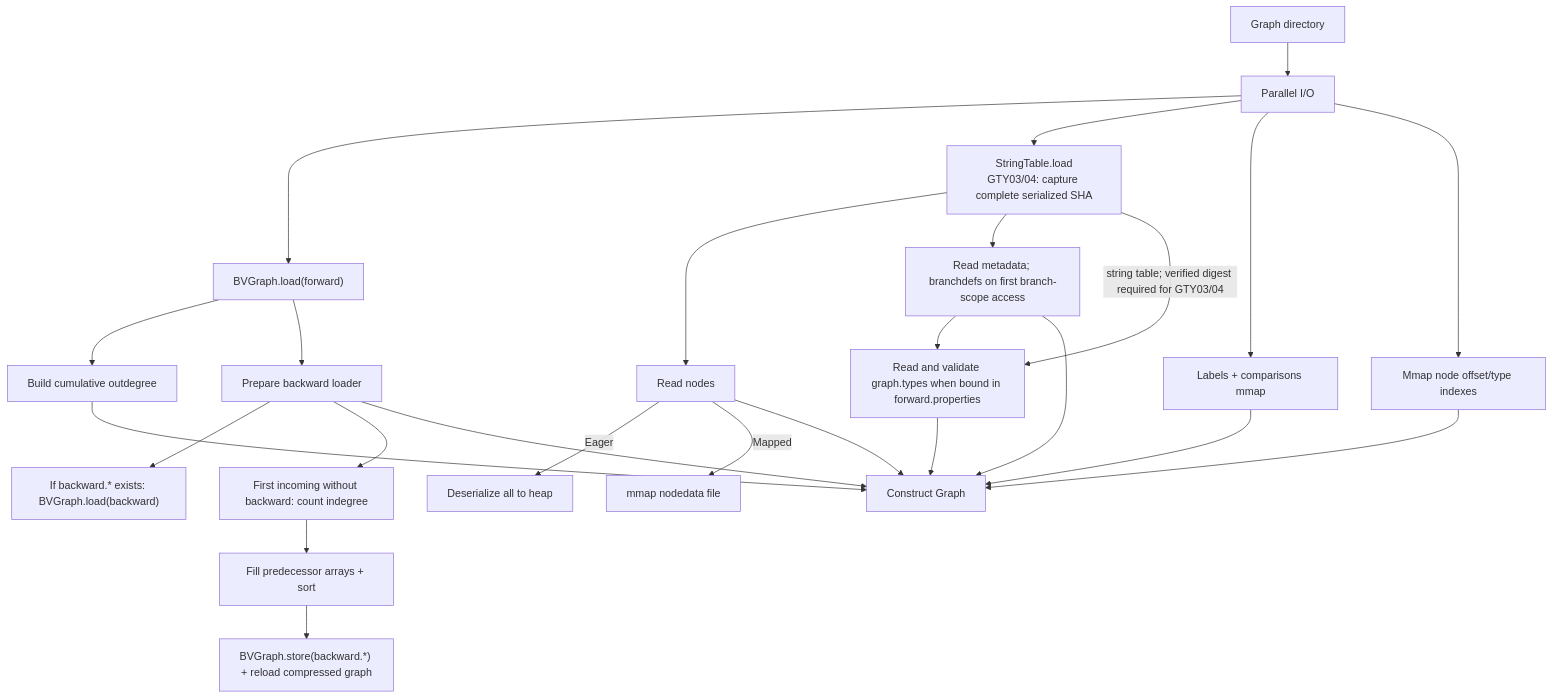
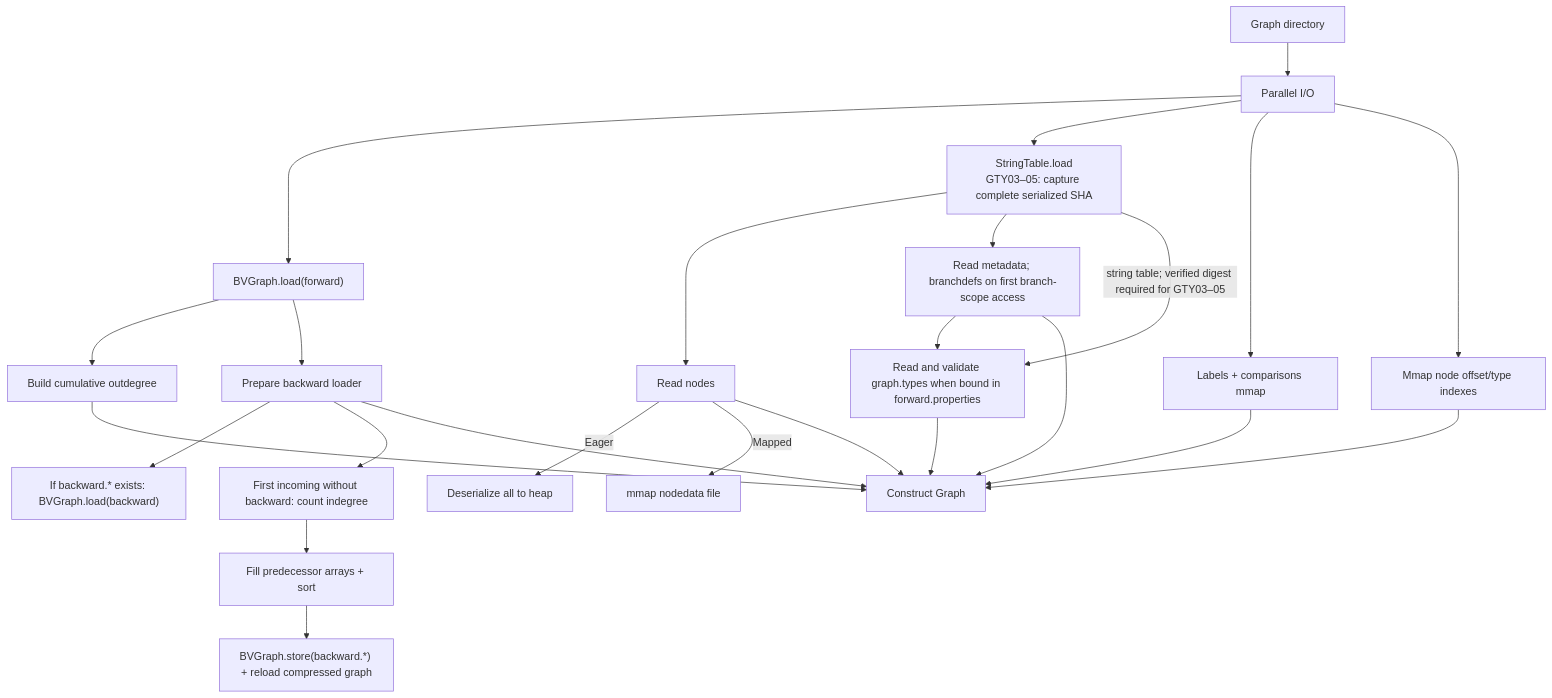
One commit to johnsonlee/graphite changed the fourth of 4 diagrams in docs/webgraph-storage.md. Above: the diagram before and after it, drawn with Mermaid. The commit also changed other lines of this file and 29 other files, not shown here.

````diff
--- a/docs/webgraph-storage.md
+++ b/docs/webgraph-storage.md
@@ -362,21 +368,21 @@
 ```mermaid
 graph TD
     A[Graph directory] --> B[Parallel I/O]
     B --> B1["BVGraph.load(forward)"]
-    B --> B2["StringTable.load<br/>GTY03/04: capture complete serialized SHA"]
+    B --> B2["StringTable.load<br/>GTY03–05: capture complete serialized SHA"]
     B --> B3[Labels + comparisons mmap]
     B --> B4[Mmap node offset/type indexes]
     B1 --> C[Build cumulative outdegree]
     B1 --> D[Prepare backward loader]
     D --> D1["If backward.* exists: BVGraph.load(backward)"]
     D --> D2[First incoming without backward: count indegree]
     D2 --> D3[Fill predecessor arrays + sort]
     D3 --> D4["BVGraph.store(backward.*) + reload compressed graph"]
     B2 --> E[Read nodes]
     E -->|Eager| E1[Deserialize all to heap]
     E -->|Mapped| E2[mmap nodedata file]
     B2 --> F[Read metadata; branchdefs on first branch-scope access]
     F --> T[Read and validate graph.types when bound in forward.properties]
-    B2 -->|"string table; verified digest required for GTY03/04"| T
+    B2 -->|"string table; verified digest required for GTY03–05"| T
     C & D & B3 & B4 & E & F & T --> G[Construct Graph]
 ```
````
